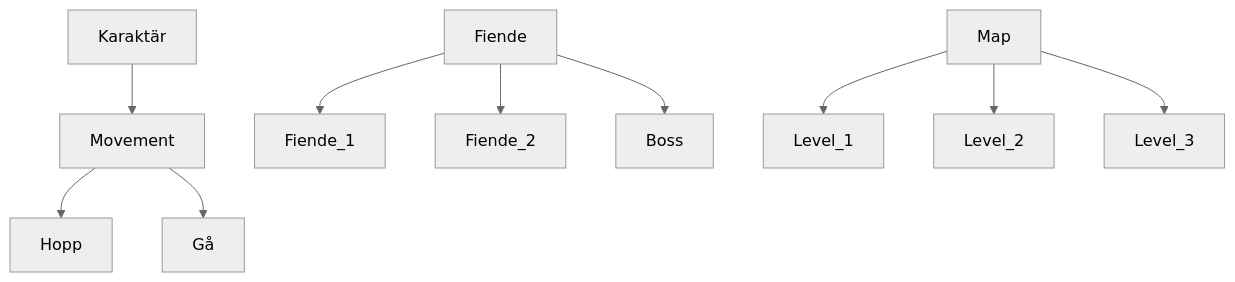
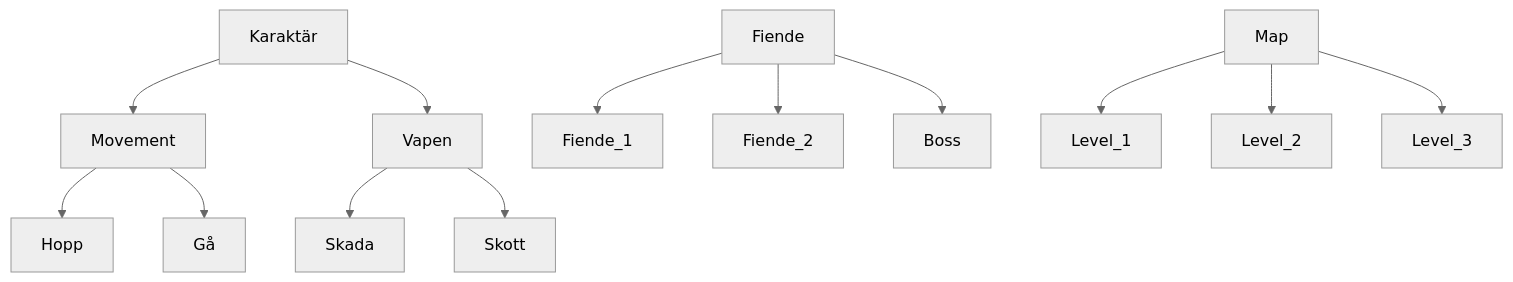
One commit to WilleGyr/Project-Intro-Ingenjorsarbete changed the diagram in Dokumentation/Start.mmd. Above: the diagram before and after it, drawn with Mermaid (neutral theme).

```diff
--- a/Dokumentation/Start.mmd
+++ b/Dokumentation/Start.mmd
@@ -1,13 +1,18 @@
 graph TD
 
 Karaktär --> Movement
+Karaktär --> Vapen
+
+Vapen --> Skada
+Vapen --> Skott
+
 Movement --> Hopp
 Movement --> Gå
 
 Fiende --> Fiende_1
 Fiende --> Fiende_2
 Fiende --> Boss
 
 Map --> Level_1
 Map --> Level_2
 Map --> Level_3
```
